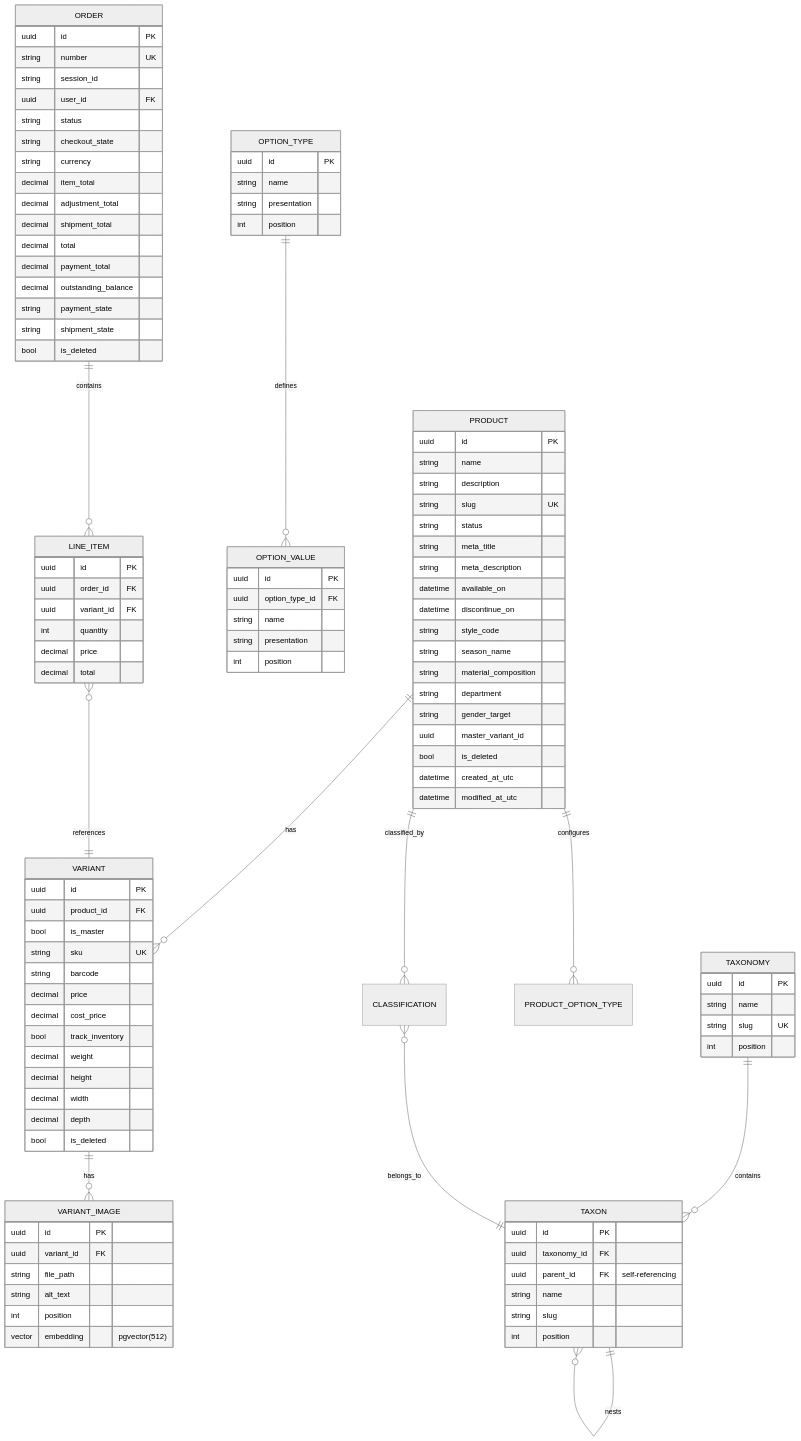
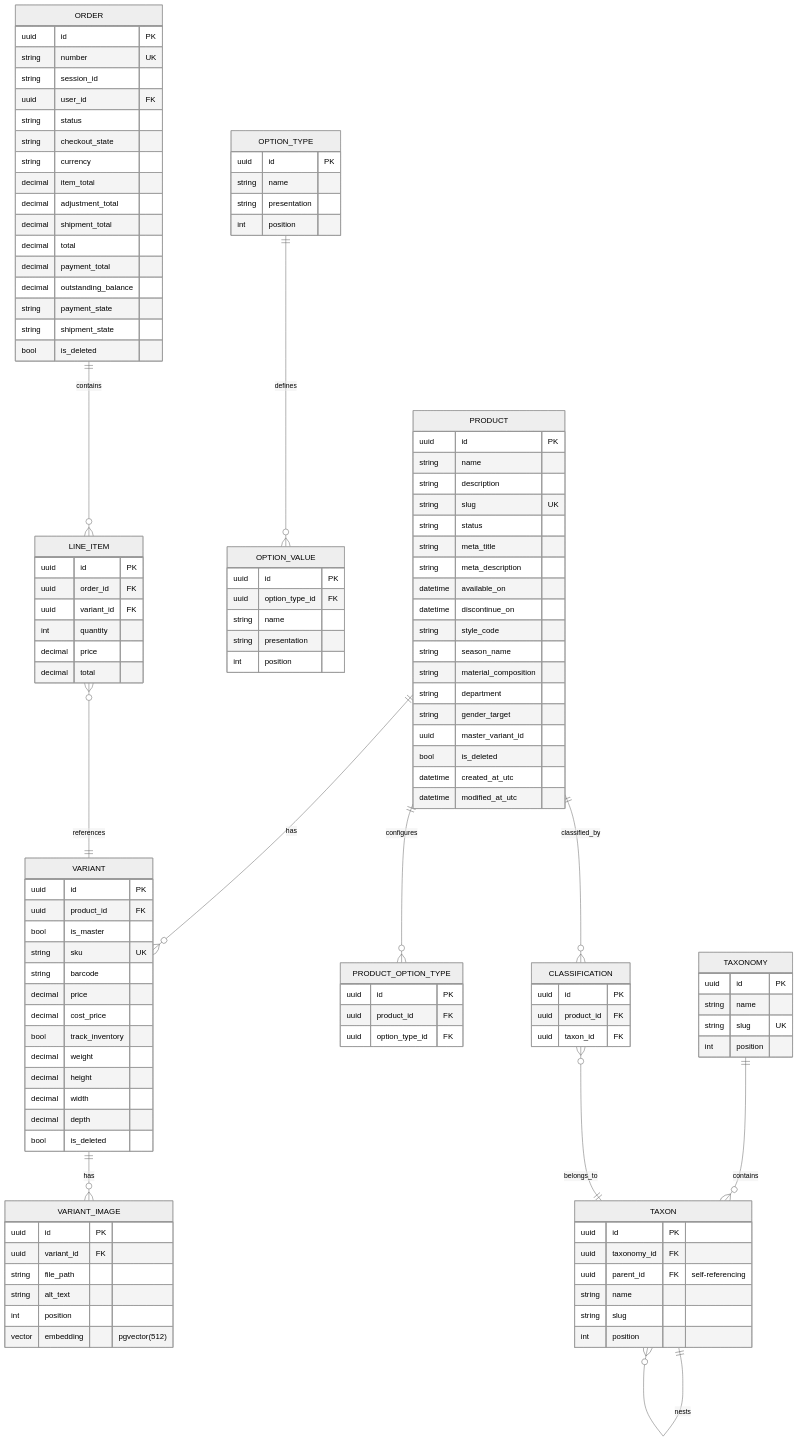
The diagram in diagrams/07-erd-core.mmd (qingfa-dev/ReSys.Shop), drawn with Mermaid (neutral theme) before and after one commit. The commit also changed 2 other files, not shown here.

Commit message:
fix(thesis): ch4 — correct component count, replace InventoryUnit, fix C4 ML boundary, define ERD join tables

```diff
--- a/diagrams/07-erd-core.mmd
+++ b/diagrams/07-erd-core.mmd
@@ -1,116 +1,128 @@
 erDiagram
     PRODUCT {
         uuid id PK
         string name
         string description
         string slug UK
         string status
         string meta_title
         string meta_description
         datetime available_on
         datetime discontinue_on
         string style_code
         string season_name
         string material_composition
         string department
         string gender_target
         uuid master_variant_id
         bool is_deleted
         datetime created_at_utc
         datetime modified_at_utc
     }
 
     VARIANT {
         uuid id PK
         uuid product_id FK
         bool is_master
         string sku UK
         string barcode
         decimal price
         decimal cost_price
         bool track_inventory
         decimal weight
         decimal height
         decimal width
         decimal depth
         bool is_deleted
     }
 
     VARIANT_IMAGE {
         uuid id PK
         uuid variant_id FK
         string file_path
         string alt_text
         int position
         vector embedding "pgvector(512)"
     }
 
     OPTION_TYPE {
         uuid id PK
         string name
         string presentation
         int position
     }
 
+    PRODUCT_OPTION_TYPE {
+        uuid id PK
+        uuid product_id FK
+        uuid option_type_id FK
+    }
+
     OPTION_VALUE {
         uuid id PK
         uuid option_type_id FK
         string name
         string presentation
         int position
     }
 
     TAXONOMY {
         uuid id PK
         string name
         string slug UK
         int position
     }
 
     TAXON {
         uuid id PK
         uuid taxonomy_id FK
         uuid parent_id FK "self-referencing"
         string name
         string slug
         int position
+    }
+
+    CLASSIFICATION {
+        uuid id PK
+        uuid product_id FK
+        uuid taxon_id FK
     }
 
     ORDER {
         uuid id PK
         string number UK
         string session_id
         uuid user_id FK
         string status
         string checkout_state
         string currency
         decimal item_total
         decimal adjustment_total
         decimal shipment_total
         decimal total
         decimal payment_total
         decimal outstanding_balance
         string payment_state
         string shipment_state
         bool is_deleted
     }
 
     LINE_ITEM {
         uuid id PK
         uuid order_id FK
         uuid variant_id FK
         int quantity
         decimal price
         decimal total
     }
 
     PRODUCT ||--o{ VARIANT : "has"
     VARIANT ||--o{ VARIANT_IMAGE : "has"
     PRODUCT ||--o{ PRODUCT_OPTION_TYPE : "configures"
     OPTION_TYPE ||--o{ OPTION_VALUE : "defines"
     TAXONOMY ||--o{ TAXON : "contains"
     TAXON ||--o{ TAXON : "nests"
     PRODUCT ||--o{ CLASSIFICATION : "classified_by"
     CLASSIFICATION }o--|| TAXON : "belongs_to"
     ORDER ||--o{ LINE_ITEM : "contains"
     LINE_ITEM }o--|| VARIANT : "references"
```
